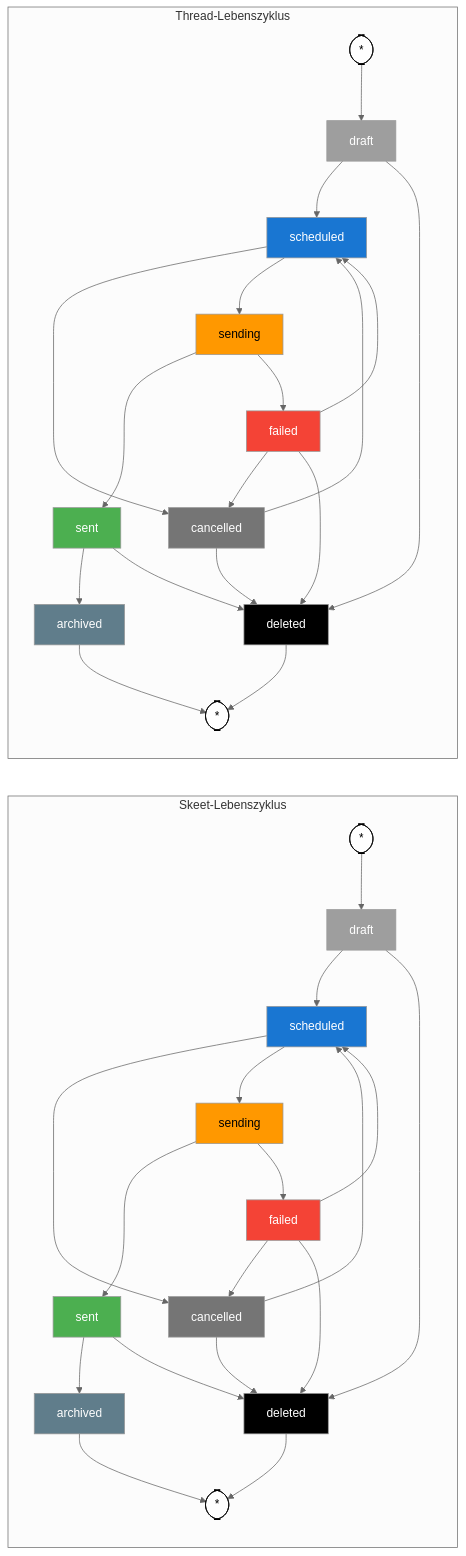
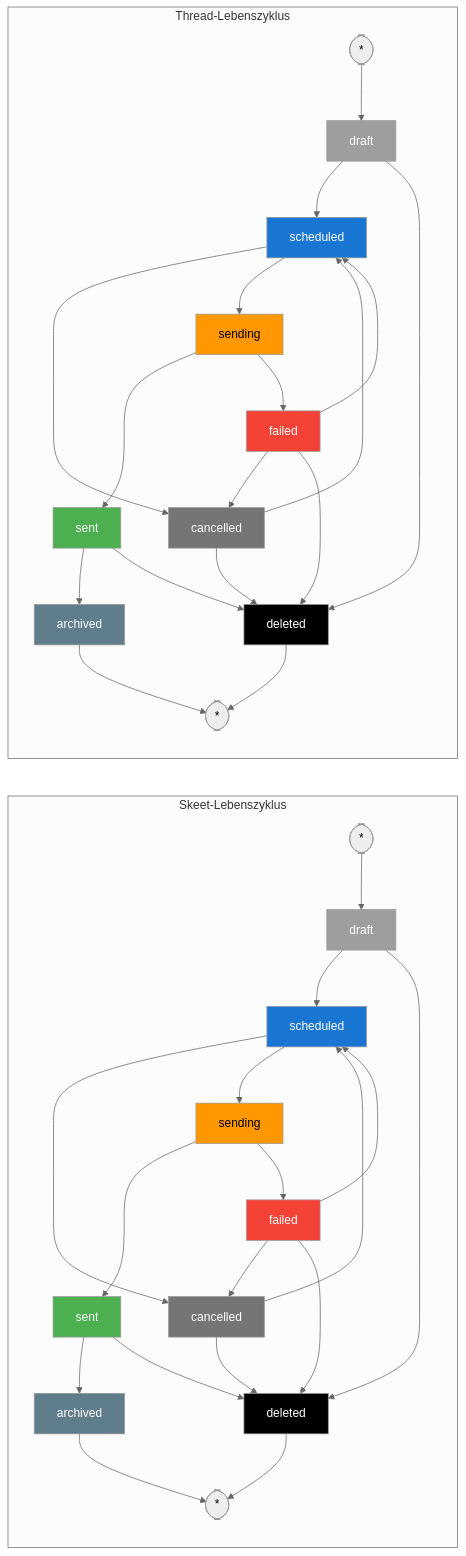
One commit to mkueper/BSky-Kampagnen-Bot changed the fifth of 5 diagrams in doc/architektur/system-architektur.md. Above: the diagram before and after it, drawn with Mermaid (neutral theme).

Commit message:
Diagramm korrigiert

````diff
--- a/doc/architektur/system-architektur.md
+++ b/doc/architektur/system-architektur.md
@@ -218,78 +218,75 @@
 ```mermaid
 flowchart LR
-  %% ---------- Subgraph Skeet ----------
+  %% Farbklassen zuerst definieren (GH-sicher)
+  classDef draft fill:#9e9e9e,color:#fff
+  classDef scheduled fill:#1976d2,color:#fff
+  classDef sending fill:#ff9800,color:#000
+  classDef sent fill:#4caf50,color:#fff
+  classDef failed fill:#f44336,color:#fff
+  classDef cancelled fill:#757575,color:#fff
+  classDef archived fill:#607d8b,color:#fff
+  classDef deleted fill:#000000,color:#fff
+
   subgraph Skeet [Skeet-Lebenszyklus]
     direction TB
-    skeet_start([*]):::start
+    skeet_start([*])
     skeet_draft["draft"]:::draft
     skeet_scheduled["scheduled"]:::scheduled
     skeet_sending["sending"]:::sending
     skeet_sent["sent"]:::sent
     skeet_failed["failed"]:::failed
     skeet_cancelled["cancelled"]:::cancelled
     skeet_archived["archived"]:::archived
     skeet_deleted["deleted"]:::deleted
-    skeet_end([*]):::endstate
+    skeet_end([*])
 
     skeet_start --> skeet_draft
     skeet_draft --> skeet_scheduled
     skeet_draft --> skeet_deleted
     skeet_scheduled --> skeet_cancelled
     skeet_scheduled --> skeet_sending
     skeet_sending --> skeet_sent
     skeet_sending --> skeet_failed
     skeet_failed --> skeet_scheduled
     skeet_failed --> skeet_cancelled
     skeet_failed --> skeet_deleted
     skeet_cancelled --> skeet_scheduled
     skeet_cancelled --> skeet_deleted
     skeet_sent --> skeet_archived
     skeet_sent --> skeet_deleted
     skeet_deleted --> skeet_end
     skeet_archived --> skeet_end
   end
 
-  %% ---------- Subgraph Thread ----------
   subgraph Thread [Thread-Lebenszyklus]
     direction TB
-    thread_start([*]):::start
+    thread_start([*])
     thread_draft["draft"]:::draft
     thread_scheduled["scheduled"]:::scheduled
     thread_sending["sending"]:::sending
     thread_sent["sent"]:::sent
     thread_failed["failed"]:::failed
     thread_cancelled["cancelled"]:::cancelled
     thread_archived["archived"]:::archived
     thread_deleted["deleted"]:::deleted
-    thread_end([*]):::endstate
+    thread_end([*])
 
     thread_start --> thread_draft
     thread_draft --> thread_scheduled
     thread_draft --> thread_deleted
     thread_scheduled --> thread_cancelled
     thread_scheduled --> thread_sending
     thread_sending --> thread_sent
     thread_sending --> thread_failed
     thread_failed --> thread_scheduled
     thread_failed --> thread_cancelled
     thread_failed --> thread_deleted
     thread_cancelled --> thread_scheduled
     thread_cancelled --> thread_deleted
     thread_sent --> thread_archived
     thread_sent --> thread_deleted
     thread_deleted --> thread_end
     thread_archived --> thread_end
   end
 
-  %% ---------- Farbdefinitionen ----------
-  classDef draft fill:#9e9e9e,color:#fff
-  classDef scheduled fill:#1976d2,color:#fff
-  classDef sending fill:#ff9800,color:#000
-  classDef sent fill:#4caf50,color:#fff
-  classDef failed fill:#f44336,color:#fff
-  classDef cancelled fill:#757575,color:#fff
-  classDef archived fill:#607d8b,color:#fff
-  classDef deleted fill:#000000,color:#fff
-  classDef start fill:#ffffff,stroke:#000000,color:#000
-  classDef endstate fill:#ffffff,stroke:#000000,color:#000
 ```
````
